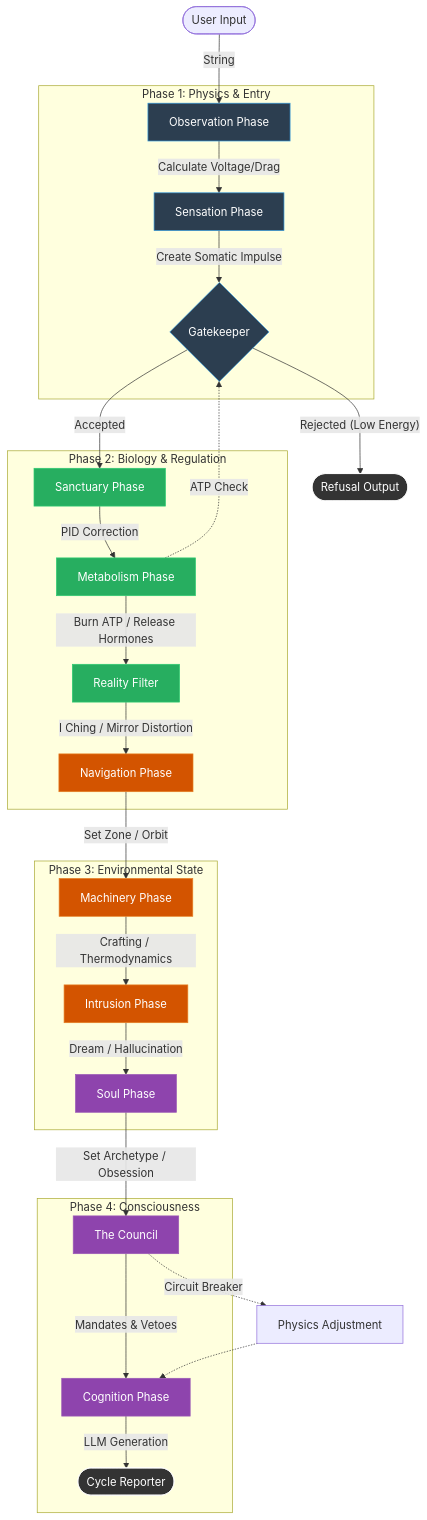
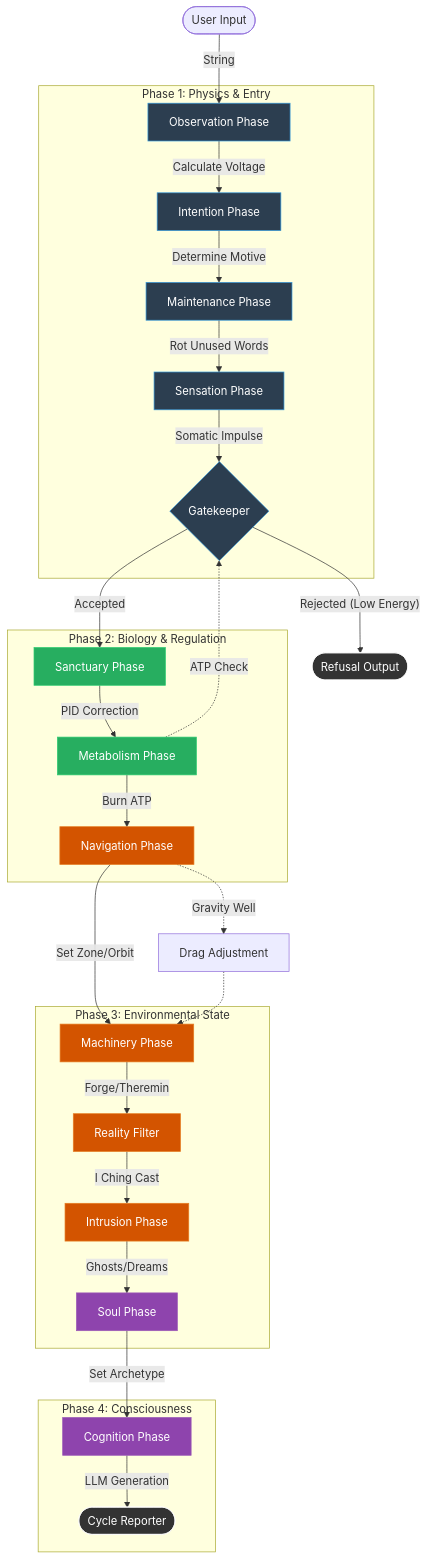
Before and after one commit to aedmark/BoneAmanita: the diagram in DOCS/README.md, drawn with Mermaid. The commit also changed other lines of this file and 8 other files, not shown here.

````diff
--- a/DOCS/README.md
+++ b/DOCS/README.md
@@ -207,47 +135,49 @@
-``` mermaid
+```mermaid
 flowchart TD
     %% Styling
     classDef input fill:#333,stroke:#fff,color:#fff
     classDef physics fill:#2c3e50,stroke:#3498db,color:#fff
     classDef bio fill:#27ae60,stroke:#2ecc71,color:#fff
     classDef world fill:#d35400,stroke:#e67e22,color:#fff
     classDef mind fill:#8e44ad,stroke:#9b59b6,color:#fff
     classDef output fill:#333,stroke:#fff,color:#fff
 
     Start([User Input]) -->|String| Observe
 
     subgraph PHASE_1_PHYSICS ["Phase 1: Physics & Entry"]
-        Observe[Observation Phase]:::physics -->|Calculate Voltage/Drag| Sensation
-        Sensation[Sensation Phase]:::physics -->|Create Somatic Impulse| Gatekeep
+        Observe[Observation Phase]:::physics -->|Calculate Voltage| Intention
+        Intention[Intention Phase]:::physics -->|Determine Motive| Maintenance
+        Maintenance[Maintenance Phase]:::physics -->|Rot Unused Words| Sensation
+        Sensation[Sensation Phase]:::physics -->|Somatic Impulse| Gatekeep
         Gatekeep{Gatekeeper}:::physics
     end
 
     Gatekeep -- Rejected (Low Energy) --> Refusal([Refusal Output]):::output
     Gatekeep -- Accepted --> Sanctuary
 
     subgraph PHASE_2_BIOLOGY ["Phase 2: Biology & Regulation"]
         Sanctuary[Sanctuary Phase]:::bio -->|PID Correction| Metabolism
-        Metabolism[Metabolism Phase]:::bio -->|Burn ATP / Release Hormones| Reality
-        Reality[Reality Filter]:::bio -->|I Ching / Mirror Distortion| Navigation
+        Metabolism[Metabolism Phase]:::bio -->|Burn ATP| Navigation
     end
 
     subgraph PHASE_3_WORLD ["Phase 3: Environmental State"]
-        Navigation[Navigation Phase]:::world -->|Set Zone / Orbit| Machinery
-        Machinery[Machinery Phase]:::world -->|Crafting / Thermodynamics| Intrusion
-        Intrusion[Intrusion Phase]:::world -->|Dream / Hallucination| Soul
+        Navigation[Navigation Phase]:::world -->|Set Zone/Orbit| Machinery
+        Machinery[Machinery Phase]:::world -->|Forge/Theremin| Reality
+        Reality[Reality Filter]:::world -->|I Ching Cast| Intrusion
+        Intrusion[Intrusion Phase]:::world -->|Ghosts/Dreams| Soul
     end
 
     subgraph PHASE_4_MIND ["Phase 4: Consciousness"]
-        Soul[Soul Phase]:::mind -->|Set Archetype / Obsession| Council
-        Council[The Council]:::mind -->|Mandates & Vetoes| Cognition
+        Soul[Soul Phase]:::mind -->|Set Archetype| Cognition
         Cognition[Cognition Phase]:::mind -->|LLM Generation| Output
     end
 
     Output([Cycle Reporter]):::output
 
     %% Feedback Loops
     Metabolism -.->|ATP Check| Gatekeep
-    Council -.->|Circuit Breaker| Physics_Adjust[Physics Adjustment]
-    Physics_Adjust -.-> Cognition
+    Navigation -.->|Gravity Well| Physics_Adjust[Drag Adjustment]
+    Physics_Adjust -.-> Machinery
+
 
 ```
````
